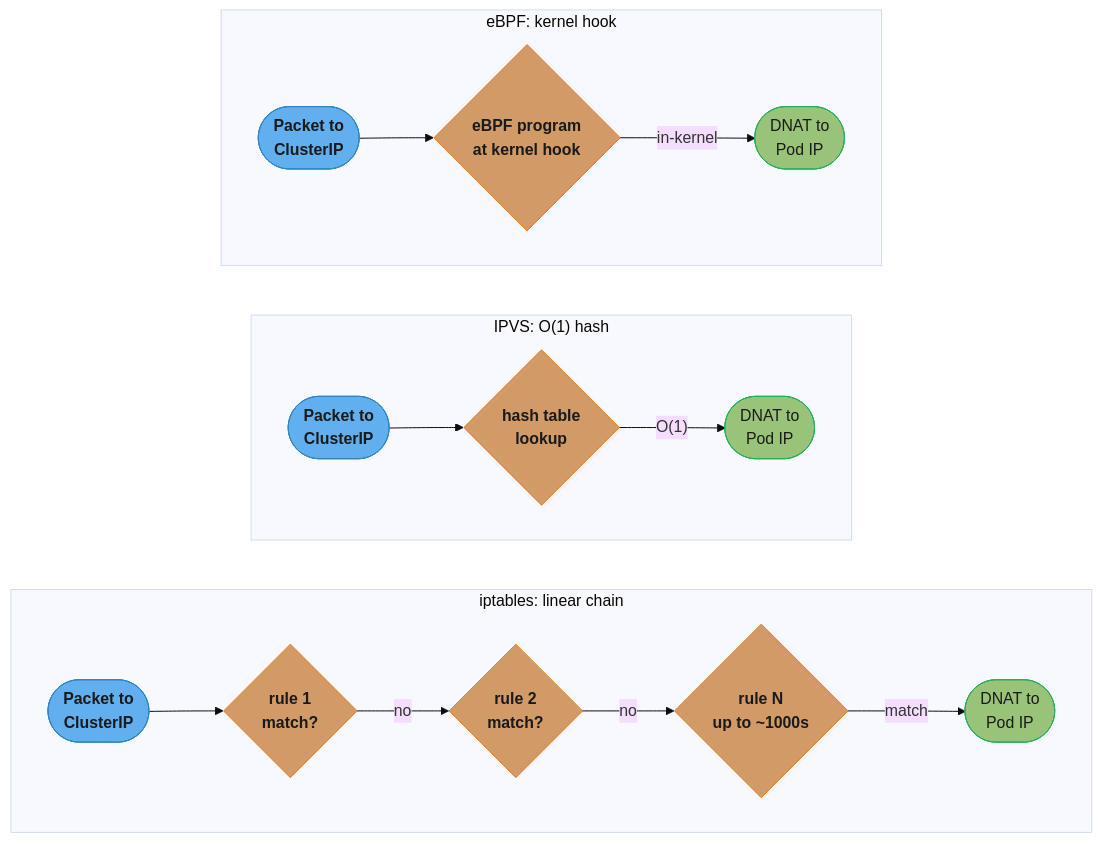
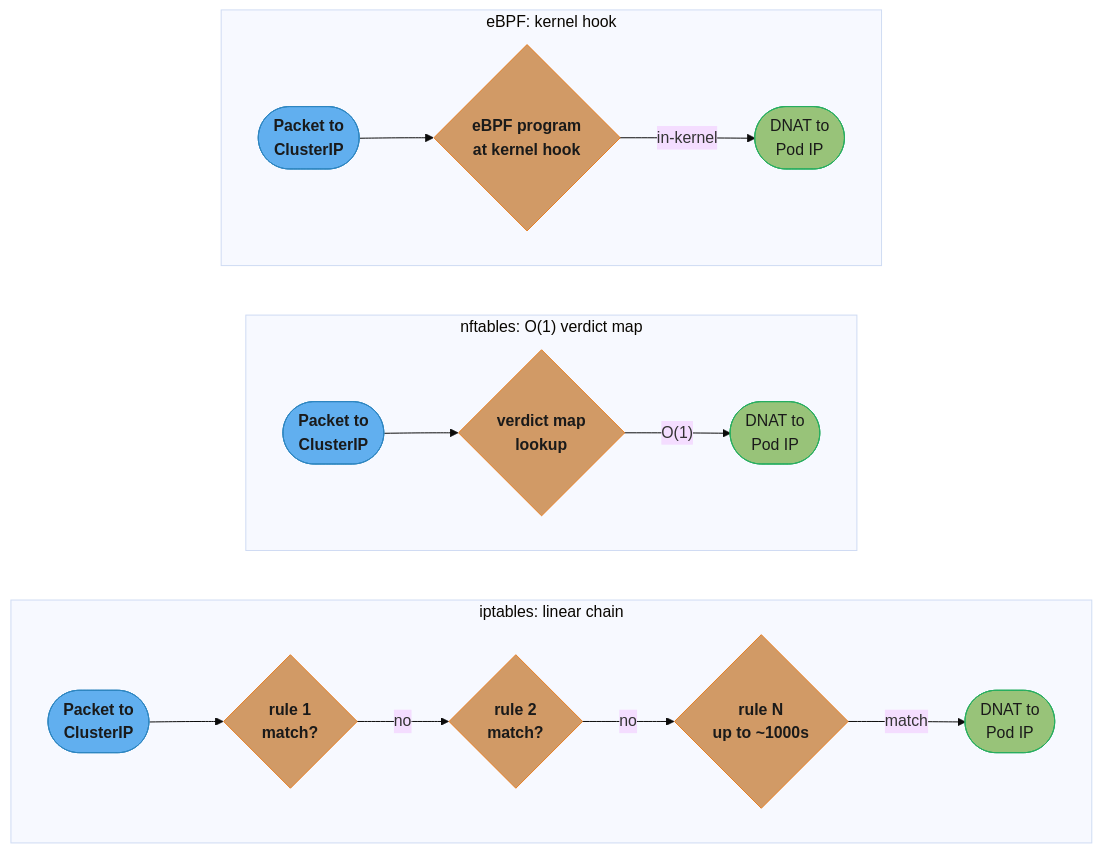
One commit to rppol/system-design changed the first of 7 diagrams in src/main/java/com/rutik/systemdesign/devops/kubernetes_networking/kubernetes_networking.md. Above: the diagram before and after it, drawn with Mermaid (base theme). The commit also changed other lines of this file and 32 other files, not shown here.

````diff
--- a/src/main/java/com/rutik/systemdesign/devops/kubernetes_networking/kubernetes_networking.md
+++ b/src/main/java/com/rutik/systemdesign/devops/kubernetes_networking/kubernetes_networking.md
@@ -75,34 +75,34 @@
 ```mermaid
 flowchart LR
     classDef io      fill:#61afef,stroke:#2e86c1,color:#1a1a1a,font-weight:bold
     classDef frozen  fill:#c678dd,stroke:#9b59b6,color:#fff
     classDef train   fill:#98c379,stroke:#27ae60,color:#1a1a1a
     classDef mathOp  fill:#d19a66,stroke:#e67e22,color:#1a1a1a,font-weight:bold
     classDef lossN   fill:#e06c75,stroke:#c0392b,color:#fff,font-weight:bold
     classDef req     fill:#56b6c2,stroke:#0097a7,color:#1a1a1a
     classDef base    fill:#e5c07b,stroke:#f39c12,color:#1a1a1a
 
     subgraph iptablesG["iptables: linear chain"]
         direction LR
         pkt1(["Packet to<br/>ClusterIP"]) --> r1{"rule 1<br/>match?"}
         r1 -->|"no"| r2{"rule 2<br/>match?"}
         r2 -->|"no"| rN{"rule N<br/>up to ~1000s"}
         rN -->|"match"| dnat1(["DNAT to<br/>Pod IP"])
     end
 
-    subgraph ipvsG["IPVS: O(1) hash"]
+    subgraph nftG["nftables: O(1) verdict map"]
         direction LR
-        pkt2(["Packet to<br/>ClusterIP"]) --> hash{"hash table<br/>lookup"}
+        pkt2(["Packet to<br/>ClusterIP"]) --> hash{"verdict map<br/>lookup"}
         hash -->|"O(1)"| dnat2(["DNAT to<br/>Pod IP"])
     end
 
     subgraph ebpfG["eBPF: kernel hook"]
         direction LR
         pkt3(["Packet to<br/>ClusterIP"]) --> hook{"eBPF program<br/>at kernel hook"}
         hook -->|"in-kernel"| dnat3(["DNAT to<br/>Pod IP"])
     end
 
     class pkt1,pkt2,pkt3 io
     class r1,r2,rN,hash,hook mathOp
     class dnat1,dnat2,dnat3 train
 ```
````
